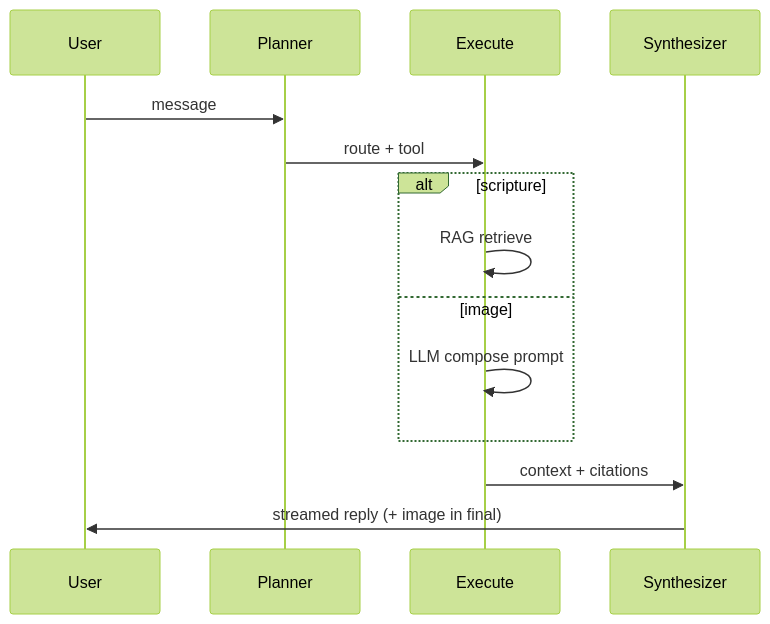
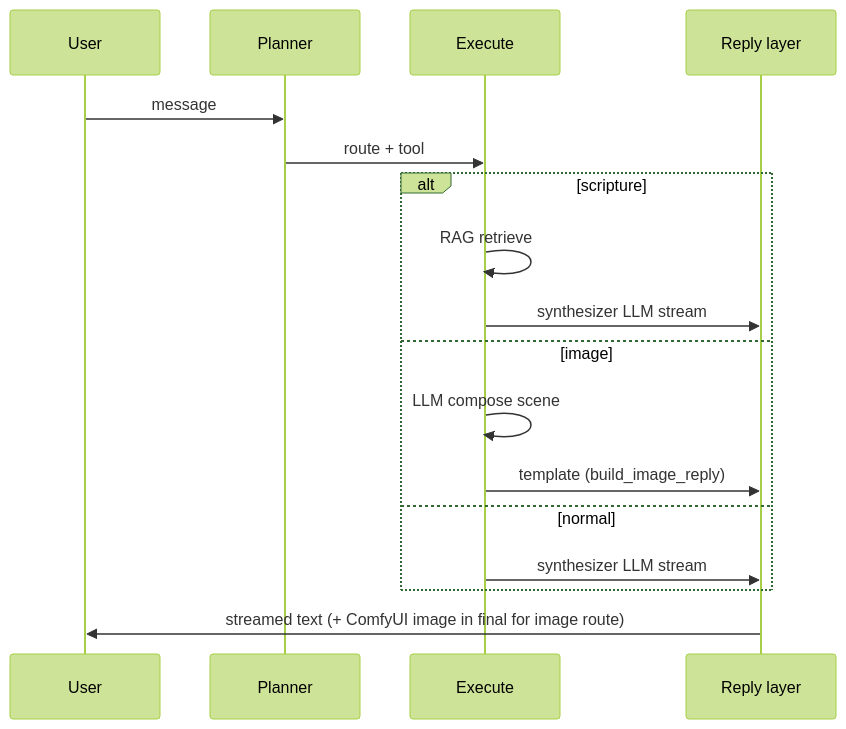
The diagram in docs/services/planner.md (ayushjain770/ai-multimodel-image-system), drawn with Mermaid (forest theme) before and after one commit. The commit also changed other lines of this file and 19 other files, not shown here.

Commit message:
Prompt and image

````diff
--- a/docs/services/planner.md
+++ b/docs/services/planner.md
@@ -14,17 +14,20 @@
 ```mermaid
 sequenceDiagram
     participant User
     participant Planner
     participant Execute
-    participant Synthesizer
+    participant Reply as Reply layer
 
     User->>Planner: message
     Planner->>Execute: route + tool
     alt scripture
         Execute->>Execute: RAG retrieve
+        Execute->>Reply: synthesizer LLM stream
     else image
-        Execute->>Execute: LLM compose prompt
+        Execute->>Execute: LLM compose scene
+        Execute->>Reply: template (build_image_reply)
+    else normal
+        Execute->>Reply: synthesizer LLM stream
     end
-    Execute->>Synthesizer: context + citations
-    Synthesizer->>User: streamed reply (+ image in final)
+    Reply->>User: streamed text (+ ComfyUI image in final for image route)
 ```
````
